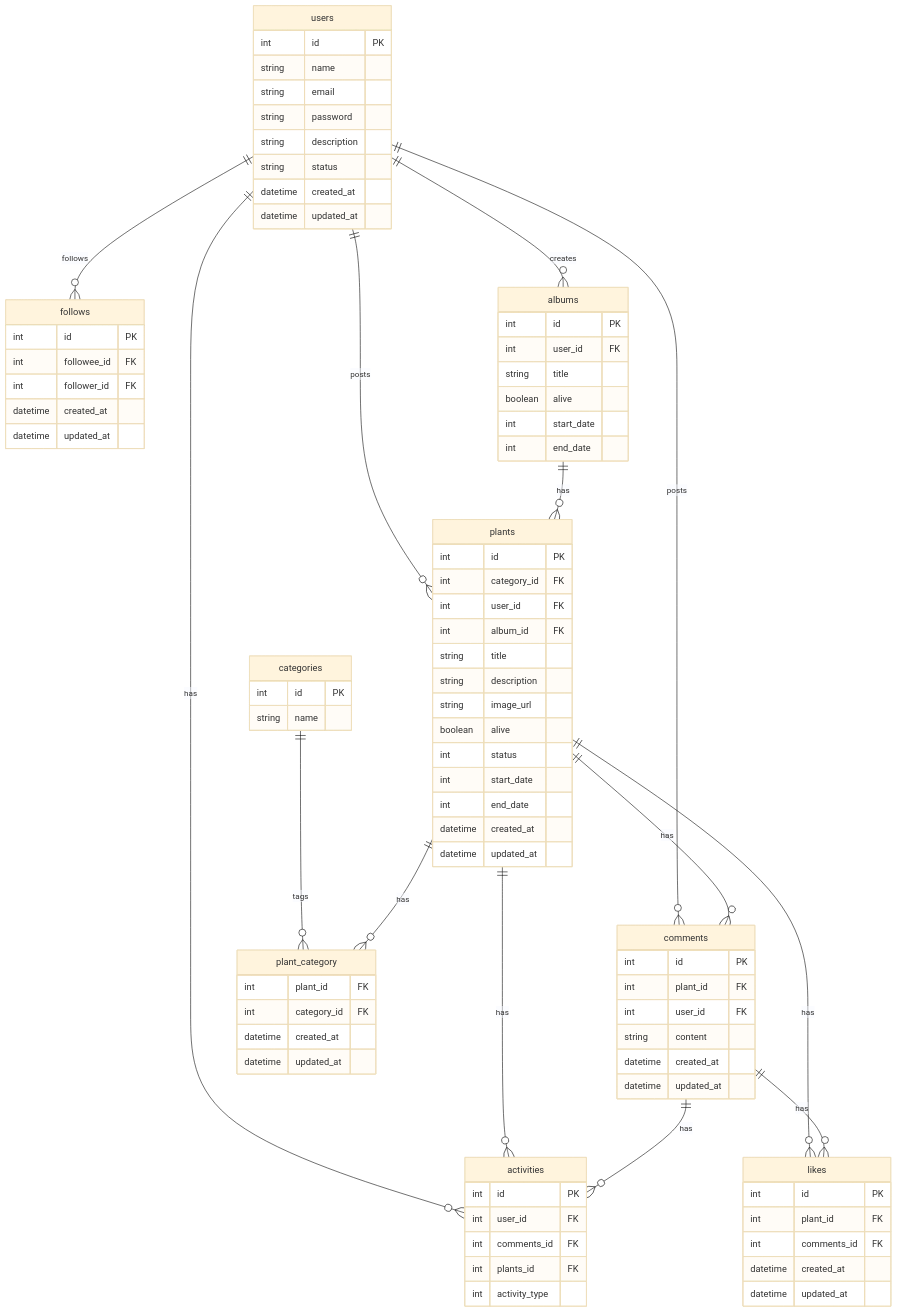
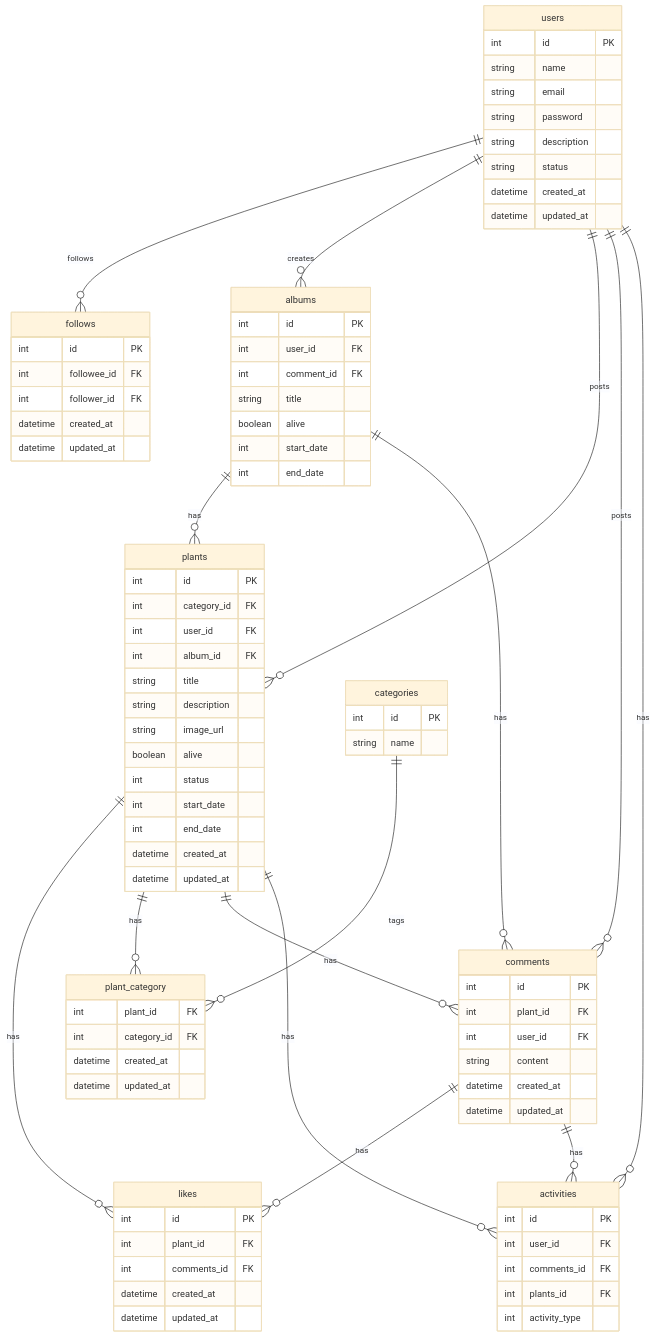
Before and after one commit to calmandhelp/botapeer-core: the diagram in README.md, drawn with Mermaid (base theme).

Commit message:
ER図修正

```diff
--- a/README.md
+++ b/README.md
@@ -10,6 +10,7 @@
     users ||--o{ activities : has
     categories ||--o{ plant_category : tags
     albums ||--o{ plants : has
+    albums ||--o{ comments : has
     plants ||--o{ plant_category : has
     plants ||--o{ comments : has
     plants ||--o{ activities : has
@@ -34,6 +35,7 @@
     albums {
         int id PK
         int user_id FK
+        int comment_id FK
         string title
         boolean alive
         int start_date
```
